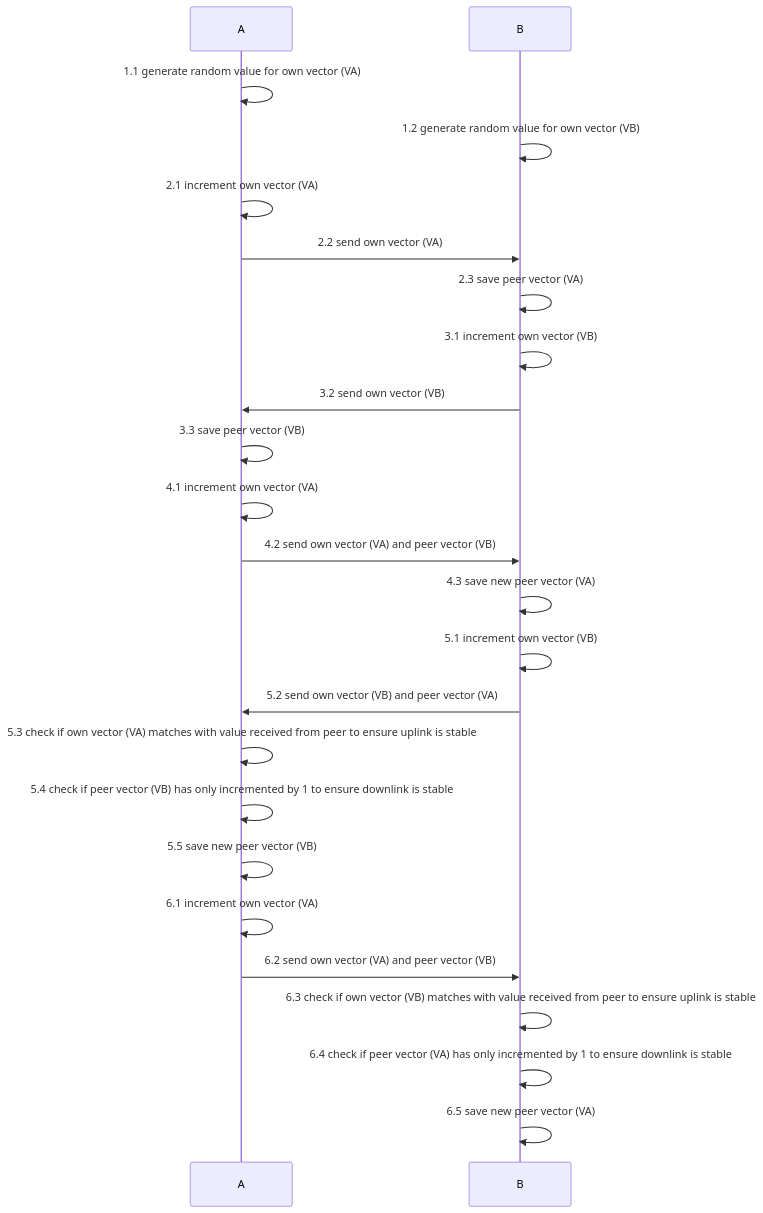
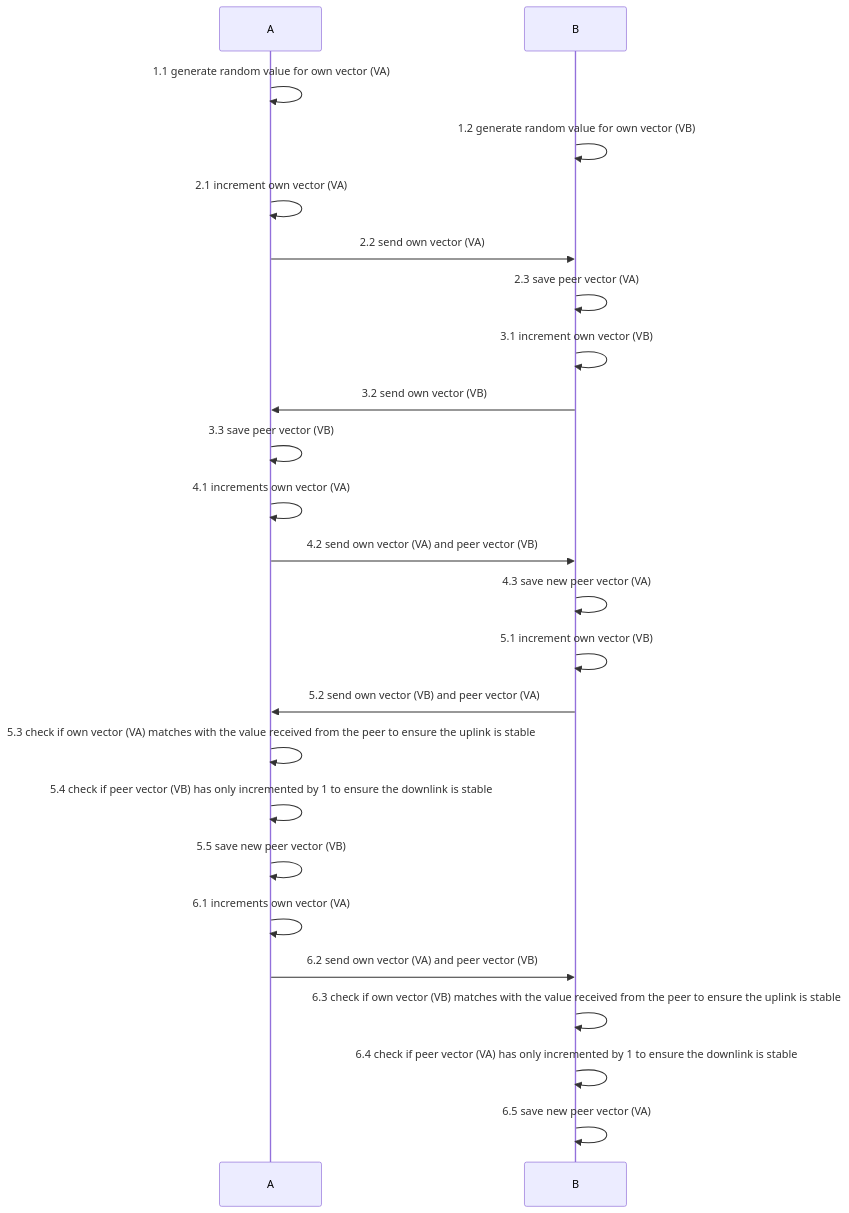
One commit to Felix-Quehl/Monitor-Stateless-Radio-Communication changed the diagram in README.md. Above: the diagram before and after it, drawn with Mermaid. The commit also changed other lines of this file, not shown here.

````diff
--- a/README.md
+++ b/README.md
@@ -17,29 +18,29 @@
 ```mermaid
 sequenceDiagram;
     A->>A: 1.1 generate random value for own vector (VA)
     B->>B: 1.2 generate random value for own vector (VB)
    
     A->>A: 2.1 increment own vector (VA)
     A->>B: 2.2 send own vector (VA)
     B->>B: 2.3 save peer vector (VA)
     
     B->>B: 3.1 increment own vector (VB)
     B->>A: 3.2 send own vector (VB)
     A->>A: 3.3 save peer vector (VB)
     
-    A->>A: 4.1 increment own vector (VA)
+    A->>A: 4.1 increments own vector (VA)
     A->>B: 4.2 send own vector (VA) and peer vector (VB)
     B->>B: 4.3 save new peer vector (VA)
     
     B->>B: 5.1 increment own vector (VB)
     B->>A: 5.2 send own vector (VB) and peer vector (VA)
-    A->>A: 5.3 check if own vector (VA) matches with value received from peer to ensure uplink is stable
-    A->>A: 5.4 check if peer vector (VB) has only incremented by 1 to ensure downlink is stable
+    A->>A: 5.3 check if own vector (VA) matches with the value received from the peer to ensure the uplink is stable
+    A->>A: 5.4 check if peer vector (VB) has only incremented by 1 to ensure the downlink is stable
     A->>A: 5.5 save new peer vector (VB)
     
-    A->>A: 6.1 increment own vector (VA)
+    A->>A: 6.1 increments own vector (VA)
     A->>B: 6.2 send own vector (VA) and peer vector (VB)
-    B->>B: 6.3 check if own vector (VB) matches with value received from peer to ensure uplink is stable
-    B->>B: 6.4 check if peer vector (VA) has only incremented by 1 to ensure downlink is stable
+    B->>B: 6.3 check if own vector (VB) matches with the value received from the peer to ensure the uplink is stable
+    B->>B: 6.4 check if peer vector (VA) has only incremented by 1 to ensure the downlink is stable
     B->>B: 6.5 save new peer vector (VA)
 ```
````
